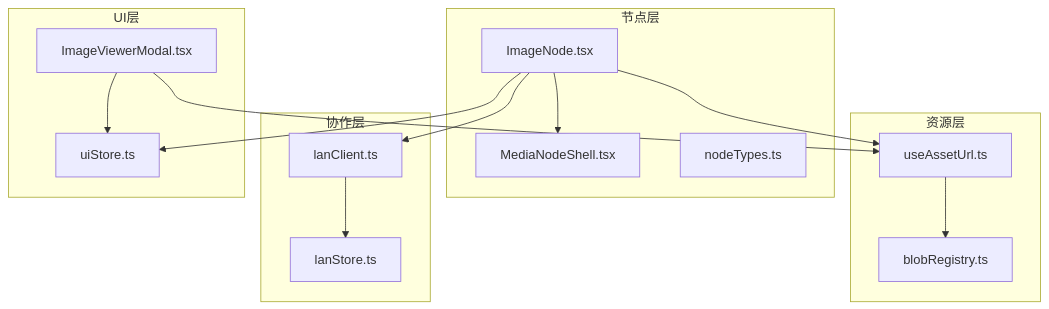
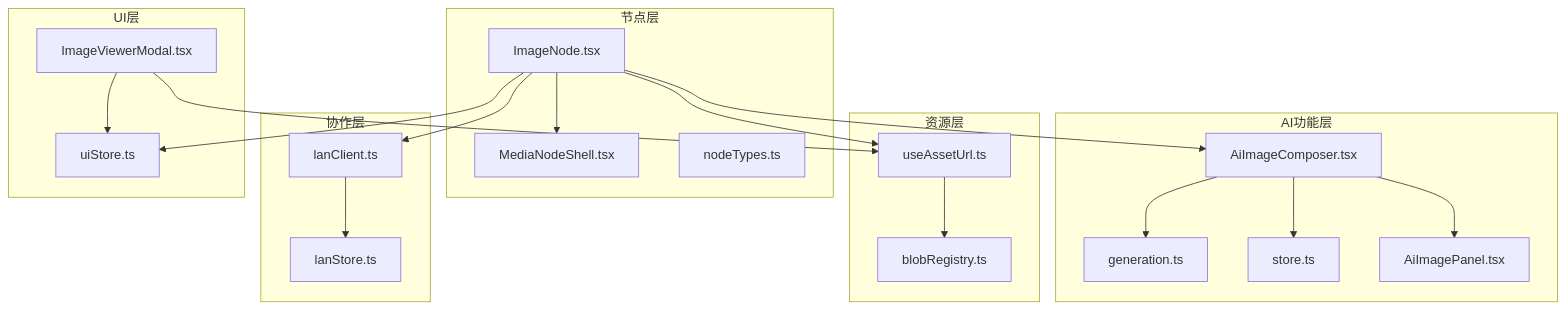
The first of 4 diagrams in .qoder/repowiki/zh/content/画布编辑器/节点系统/媒体节点/图片节点 (ImageNode).md (suqi-bot/SuQCanvas), drawn with Mermaid before and after one commit. The commit also changed other lines of this file and 93 other files, not shown here.

````diff
--- a/.qoder/repowiki/zh/content/画布编辑器/节点系统/媒体节点/图片节点 (ImageNode).md
+++ b/.qoder/repowiki/zh/content/画布编辑器/节点系统/媒体节点/图片节点 (ImageNode).md
@@ -42,28 +58,38 @@
 ```mermaid
 graph TB
 subgraph "节点层"
 A["ImageNode.tsx"]
 B["MediaNodeShell.tsx"]
 C["nodeTypes.ts"]
 end
+subgraph "AI功能层"
+D["AiImageComposer.tsx"]
+E["generation.ts"]
+F["store.ts"]
+G["AiImagePanel.tsx"]
+end
 subgraph "资源层"
-D["useAssetUrl.ts"]
-E["blobRegistry.ts"]
+H["useAssetUrl.ts"]
+I["blobRegistry.ts"]
 end
 subgraph "协作层"
-F["lanClient.ts"]
-G["lanStore.ts"]
+J["lanClient.ts"]
+K["lanStore.ts"]
 end
 subgraph "UI层"
-H["uiStore.ts"]
-I["ImageViewerModal.tsx"]
+L["uiStore.ts"]
+M["ImageViewerModal.tsx"]
 end
 A --> B
 A --> D
-A --> F
 A --> H
+A --> J
+A --> L
 D --> E
-I --> H
-I --> D
-F --> G
+D --> F
+D --> G
+H --> I
+M --> L
+M --> H
+J --> K
 ```
````
